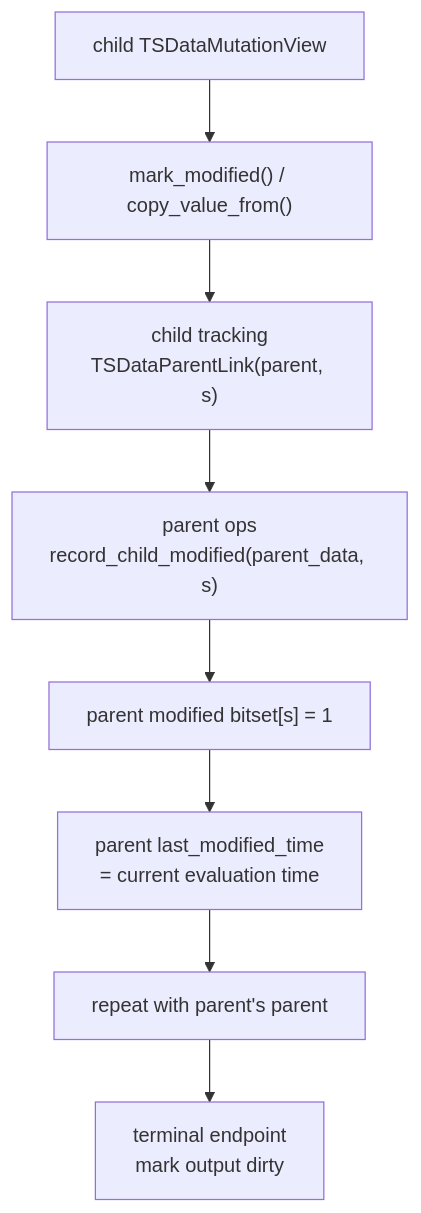
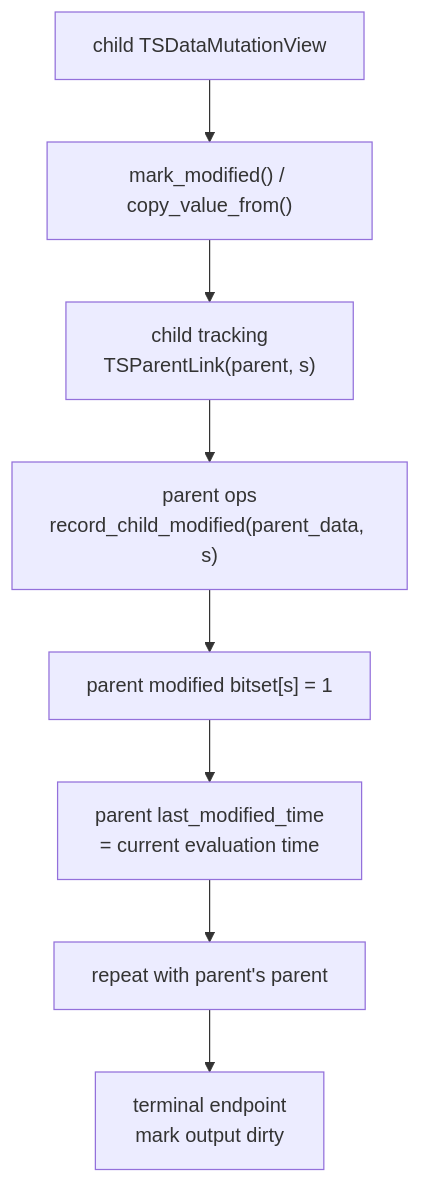
The tenth of 10 diagrams in docs/source/developer_guide/data_structures/plans_and_ops/time_series.rst (hhenson/hgraph), drawn with Mermaid before and after one commit. The commit also changed other lines of this file and 8 other files, not shown here.

```diff
--- a/docs/source/developer_guide/data_structures/plans_and_ops/time_series.rst
+++ b/docs/source/developer_guide/data_structures/plans_and_ops/time_series.rst
@@ -1172,19 +1172,19 @@
 .. mermaid::
 
    flowchart TD
       ChildMutation["child TSDataMutationView"]
       Mark["mark_modified() / copy_value_from()"]
-      ParentLink["child tracking<br/>TSDataParentLink(parent, s)"]
+      ParentLink["child tracking<br/>TSParentLink(parent, s)"]
       ParentHook["parent ops<br/>record_child_modified(parent_data, s)"]
       ModifiedBit["parent modified bitset[s] = 1"]
       ParentTime["parent last_modified_time<br/>= current evaluation time"]
       Bubble["repeat with parent's parent"]
       Endpoint["terminal endpoint<br/>mark output dirty"]
 
       ChildMutation --> Mark
       Mark --> ParentLink
       ParentLink --> ParentHook
       ParentHook --> ModifiedBit
       ModifiedBit --> ParentTime
       ParentTime --> Bubble
       Bubble --> Endpoint
```
